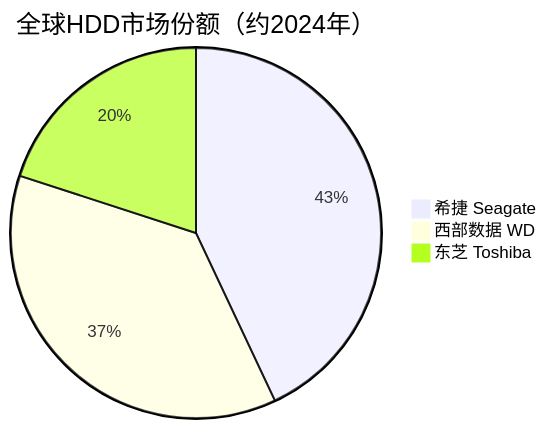
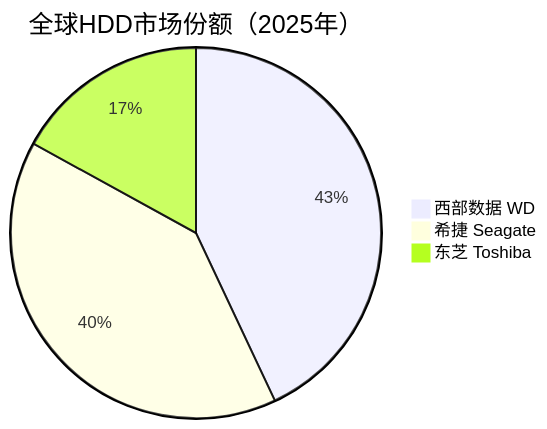
The third of 3 diagrams in 存储产业链/上游/HDD专用材料.md (blueprint1453/industry-insight), drawn with Mermaid before and after one commit. The commit also changed other lines of this file and 78 other files, not shown here.

````diff
--- a/存储产业链/上游/HDD专用材料.md
+++ b/存储产业链/上游/HDD专用材料.md
@@ -97,6 +97,6 @@
 ```mermaid
-pie title 全球HDD市场份额（约2024年）
-    "希捷 Seagate" : 43
-    "西部数据 WD" : 37
-    "东芝 Toshiba" : 20
+pie title 全球HDD市场份额（2025年）
+    "西部数据 WD" : 43
+    "希捷 Seagate" : 40
+    "东芝 Toshiba" : 17
 ```
````
